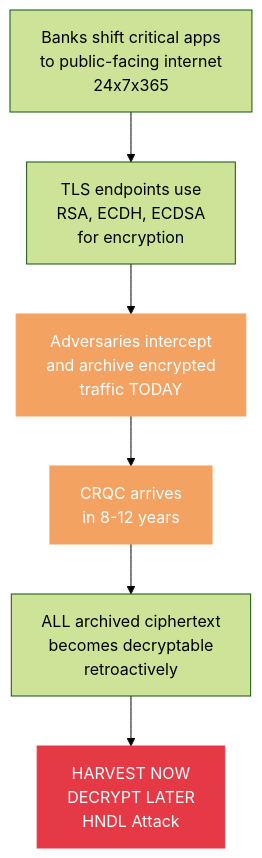
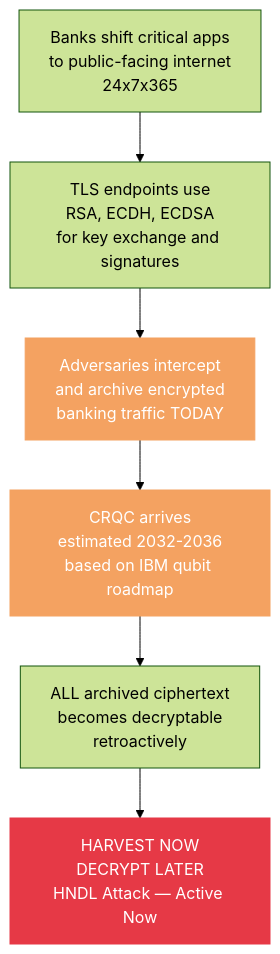
One commit to notgautham/Aegis changed the first of 11 diagrams in documentations/SOLUTION.md. Above: the diagram before and after it, drawn with Mermaid (forest theme). The commit also changed other lines of this file and 20 other files, not shown here.

````diff
--- a/documentations/SOLUTION.md
+++ b/documentations/SOLUTION.md
@@ -59,12 +66,12 @@
 ```mermaid
 graph TD
-    A[Banks shift critical apps<br>to public-facing internet<br>24x7x365] --> B[TLS endpoints use<br>RSA, ECDH, ECDSA<br>for encryption]
-    B --> C[Adversaries intercept<br>and archive encrypted<br>traffic TODAY]
-    C --> D[CRQC arrives<br>in 8-12 years]
+    A[Banks shift critical apps<br>to public-facing internet<br>24x7x365] --> B[TLS endpoints use<br>RSA, ECDH, ECDSA<br>for key exchange and signatures]
+    B --> C[Adversaries intercept<br>and archive encrypted<br>banking traffic TODAY]
+    C --> D[CRQC arrives<br>estimated 2032-2036<br>based on IBM qubit roadmap]
     D --> E[ALL archived ciphertext<br>becomes decryptable<br>retroactively]
-    E --> F[HARVEST NOW<br>DECRYPT LATER<br>HNDL Attack]
+    E --> F[HARVEST NOW<br>DECRYPT LATER<br>HNDL Attack — Active Now]
 
     style F fill:#E63946,color:#fff,stroke:#E63946
     style C fill:#F4A261,color:#fff,stroke:#F4A261
     style D fill:#F4A261,color:#fff,stroke:#F4A261
 ```
````
